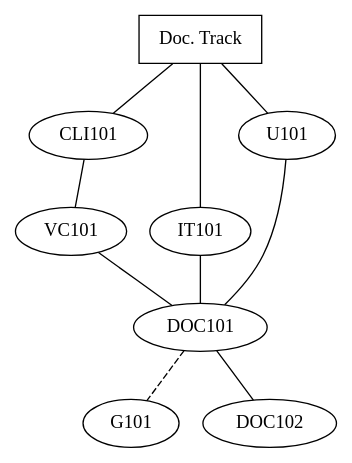
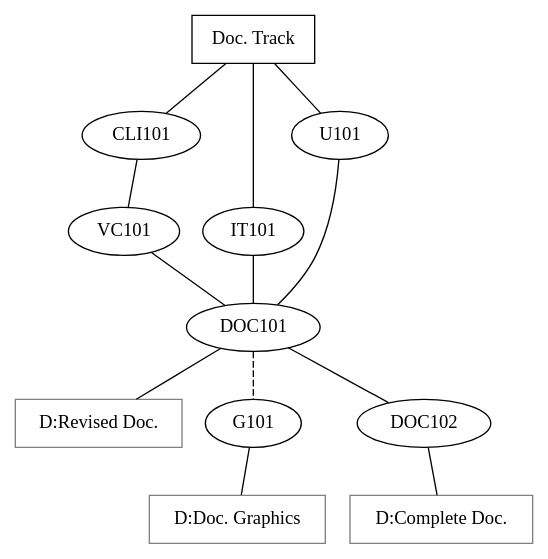
The diagram in doc-track.dot (open-it-lab/ol-curriculum), drawn with Graphviz before and after one commit.

Commit message:
documentation track deliverables

```diff
--- a/doc-track.dot
+++ b/doc-track.dot
@@ -1,14 +1,22 @@
 graph g {
 	# nodes.doth
+
+	deliver1 [label="D:Revised Doc.",shape="rectangle",color="gray"];
+	deliver2 [label="D:Complete Doc.",shape="rectangle",color="gray"];
+	deliver3 [label="D:Doc. Graphics",shape="rectangle",color="gray"];
 	
 	g [label="Doc. Track", shape="rectangle"];
 	g -- CLI101;
 	g -- IT101;
 	g -- U101;
 	CLI101 -- VC101;
 	IT101 -- DOC101;
 	U101 -- DOC101;
 	DOC101 -- G101 [style="dashed"];
 	VC101 -- DOC101;
 	DOC101 -- DOC102;
+
+	DOC101 -- deliver1;
+	DOC102 -- deliver2;
+	G101 -- deliver3;
 }
```
